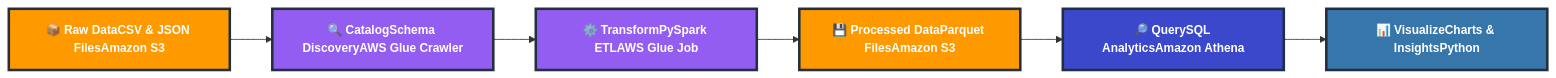
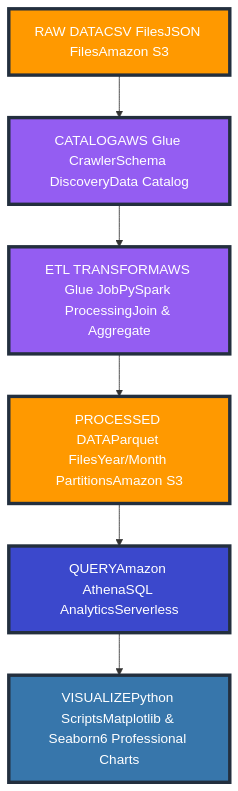
Before and after one commit to Michel-Data-Cloud/cloud-portfolio-aws: the diagram in CaseStudies/Project-End-to-End-CloudDataPipeline/README.md, drawn with Mermaid.

Commit message:
Change Mermaid architecture markdown code

````diff
--- a/CaseStudies/Project-End-to-End-CloudDataPipeline/README.md
+++ b/CaseStudies/Project-End-to-End-CloudDataPipeline/README.md
@@ -31,17 +31,22 @@
 ```mermaid
-graph LR
-    A["📦 Raw DataCSV & JSON FilesAmazon S3"] --> B["🔍 CatalogSchema DiscoveryAWS Glue Crawler"]
-    B --> C["⚙️ TransformPySpark ETLAWS Glue Job"]
-    C --> D["💾 Processed DataParquet FilesAmazon S3"]
-    D --> E["🔎 QuerySQL AnalyticsAmazon Athena"]
-    E --> F["📊 VisualizeCharts & InsightsPython"]
+graph TD
+    A["RAW DATACSV FilesJSON FilesAmazon S3"]
+    B["CATALOGAWS Glue CrawlerSchema DiscoveryData Catalog"]
+    C["ETL TRANSFORMAWS Glue JobPySpark ProcessingJoin & Aggregate"]
+    D["PROCESSED DATAParquet FilesYear/Month PartitionsAmazon S3"]
+    E["QUERYAmazon AthenaSQL AnalyticsServerless"]
+    F["VISUALIZEPython ScriptsMatplotlib & Seaborn6 Professional Charts"]
     
-    style A fill:#FF9900,stroke:#232F3E,stroke-width:3px,color:#fff
-    style B fill:#945DF2,stroke:#232F3E,stroke-width:3px,color:#fff
-    style C fill:#945DF2,stroke:#232F3E,stroke-width:3px,color:#fff
-    style D fill:#FF9900,stroke:#232F3E,stroke-width:3px,color:#fff
-    style E fill:#3B48CC,stroke:#232F3E,stroke-width:3px,color:#fff
-    style F fill:#3776AB,stroke:#232F3E,stroke-width:3px,color:#fff
+    A --> B
+    B --> C
+    C --> D
+    D --> E
+    E --> F
     
-    classDef default font-size:14px,font-weight:bold
+    style A fill:#FF9900,stroke:#232F3E,stroke-width:4px,color:#FFFFFF,font-size:16px
+    style B fill:#945DF2,stroke:#232F3E,stroke-width:4px,color:#FFFFFF,font-size:16px
+    style C fill:#945DF2,stroke:#232F3E,stroke-width:4px,color:#FFFFFF,font-size:16px
+    style D fill:#FF9900,stroke:#232F3E,stroke-width:4px,color:#FFFFFF,font-size:16px
+    style E fill:#3B48CC,stroke:#232F3E,stroke-width:4px,color:#FFFFFF,font-size:16px
+    style F fill:#3776AB,stroke:#232F3E,stroke-width:4px,color:#FFFFFF,font-size:16px
 ```
````
